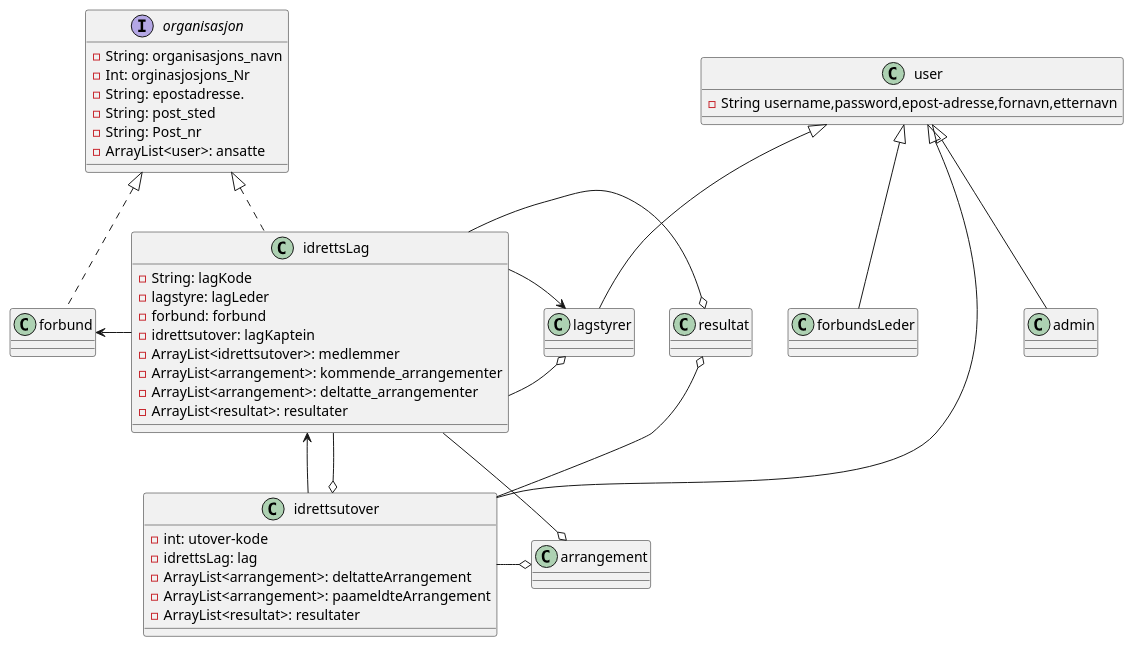
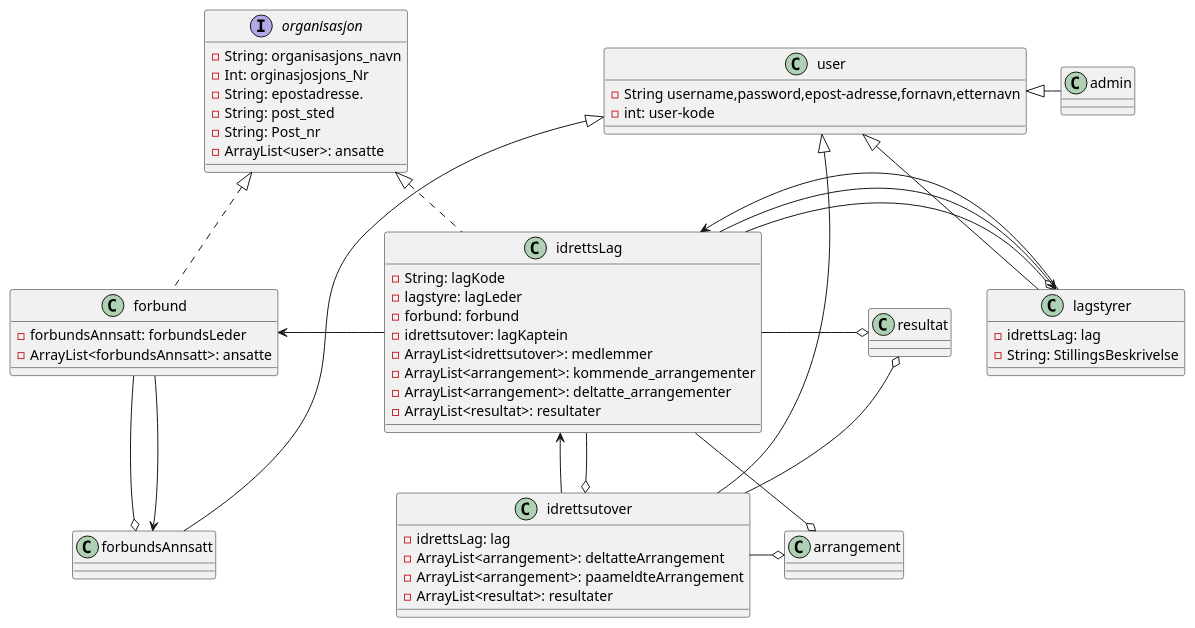
The diagram in uml/classeDiagram/ClasseDiagram_12_10.puml (tobbibias/GruppeOppgaven-H2019-Gruppe-11), drawn with PlantUML before and after one commit. The commit also changed 1 other file, not shown here.

Commit message:
endret mer på uml

```diff
--- a/uml/classeDiagram/ClasseDiagram_12_10.puml
+++ b/uml/classeDiagram/ClasseDiagram_12_10.puml
@@ -1,65 +1,79 @@
 @startuml
 class user{
     -String username,password,epost-adresse,fornavn,etternavn
+    -int: user-kode
 }
 interface organisasjon{
     -String: organisasjons_navn
     -Int: orginasjosjons_Nr
     -String: epostadresse.
     -String: post_sted
     -String: Post_nr
     -ArrayList<user>: ansatte
 }
 
 class idrettsutover{
-    -int: utover-kode
     -idrettsLag: lag
     -ArrayList<arrangement>: deltatteArrangement
     -ArrayList<arrangement>: paameldteArrangement
     -ArrayList<resultat>: resultater
 }
 
 
 class idrettsLag{
     -String: lagKode
     -lagstyre: lagLeder
     -forbund: forbund
     -idrettsutover: lagKaptein
     -ArrayList<idrettsutover>: medlemmer
     -ArrayList<arrangement>: kommende_arrangementer
     -ArrayList<arrangement>: deltatte_arrangementer
     -ArrayList<resultat>: resultater
 }
 
 
 class lagstyrer{
+     -idrettsLag: lag
+     -String: StillingsBeskrivelse
 
 }
-class forbund
-class forbundsLeder
+
+
+class forbund{
+    -forbundsAnnsatt: forbundsLeder
+    -ArrayList<forbundsAnnsatt>: ansatte
+}
+class forbundsAnnsatt{
+}
 class arrangement
 class admin
 class resultat
 
 
 idrettsutover -up-|> user
 idrettsutover -left-> idrettsLag
 idrettsutover -up-o resultat
 idrettsutover -right-o arrangement
 
 idrettsLag .up.|> organisasjon
 idrettsLag --o idrettsutover
 idrettsLag -right-o lagstyrer
-idrettsLag --> lagstyrer
+idrettsLag -right-> lagstyrer
 idrettsLag --o arrangement
 idrettsLag -left-> forbund
 idrettsLag -right-o resultat
 
 
 lagstyrer -up-|> user
-forbundsLeder -up-|> user
-admin -up-|> user
+lagstyrer --> idrettsLag
+
+
+forbund --o forbundsAnnsatt
+forbund --> forbundsAnnsatt
+
+forbundsAnnsatt -up-|> user
+admin -left-|> user
 
 
 forbund .up.|> organisasjon
 @enduml
```
